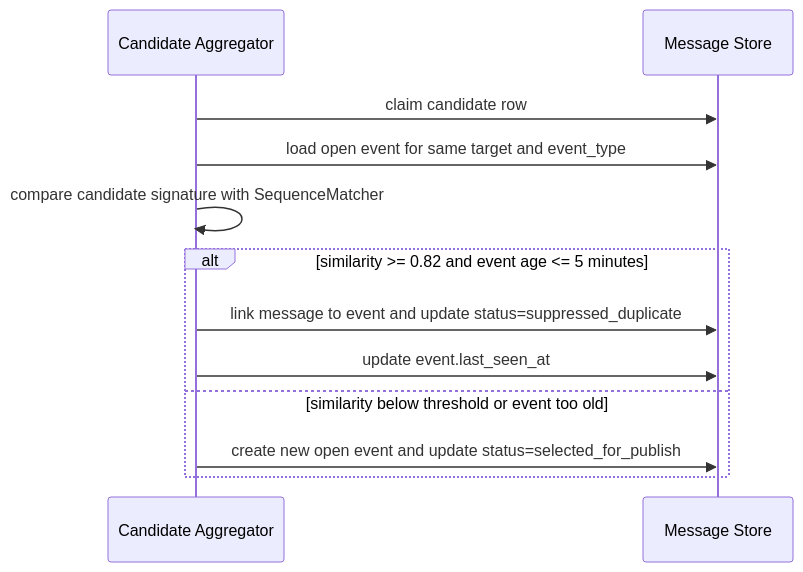
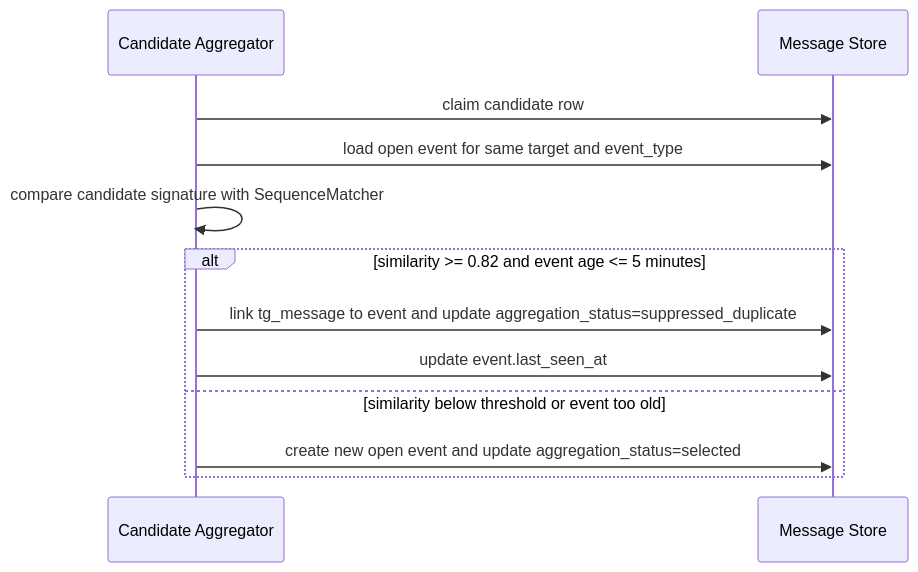
The sixth of 9 diagrams in docs/project/architecture-spec.md (Volodymyt/Telegram-ggregator), drawn with Mermaid before and after one commit. The commit also changed other lines of this file and 41 other files, not shown here.

````diff
--- a/docs/project/architecture-spec.md
+++ b/docs/project/architecture-spec.md
@@ -394,15 +408,15 @@
 ```mermaid
 sequenceDiagram
     participant Agg as Candidate Aggregator
     participant Store as Message Store
 
     Agg->>Store: claim candidate row
     Agg->>Store: load open event for same target and event_type
     Agg->>Agg: compare candidate signature with SequenceMatcher
     alt similarity >= 0.82 and event age <= 5 minutes
-        Agg->>Store: link message to event and update status=suppressed_duplicate
+        Agg->>Store: link tg_message to event and update aggregation_status=suppressed_duplicate
         Agg->>Store: update event.last_seen_at
     else similarity below threshold or event too old
-        Agg->>Store: create new open event and update status=selected_for_publish
+        Agg->>Store: create new open event and update aggregation_status=selected
     end
 ```
````
